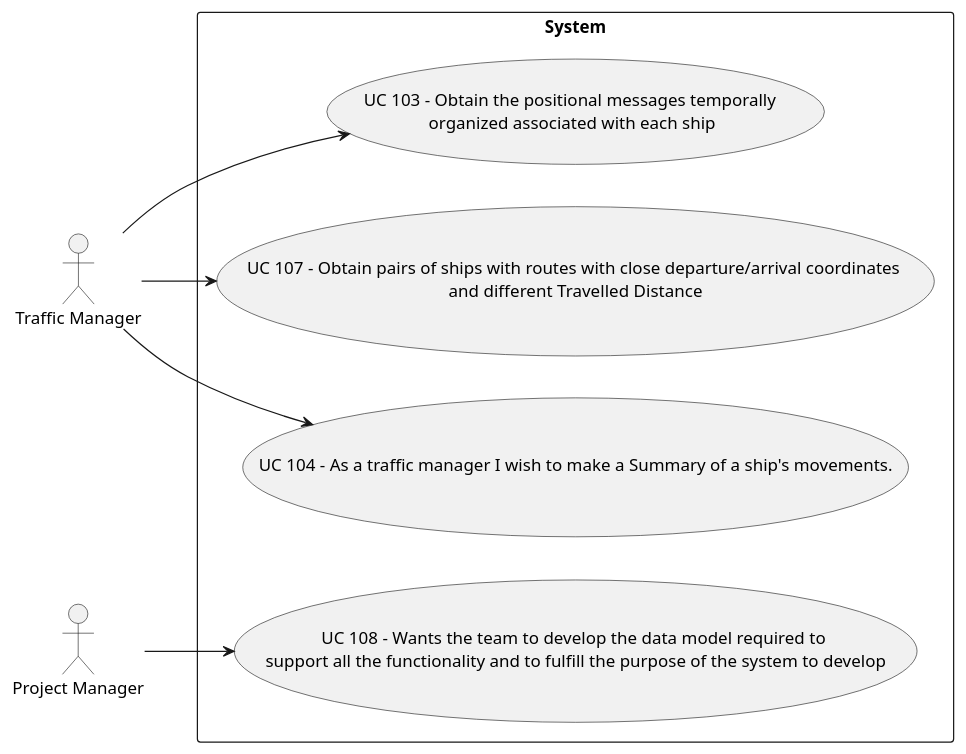
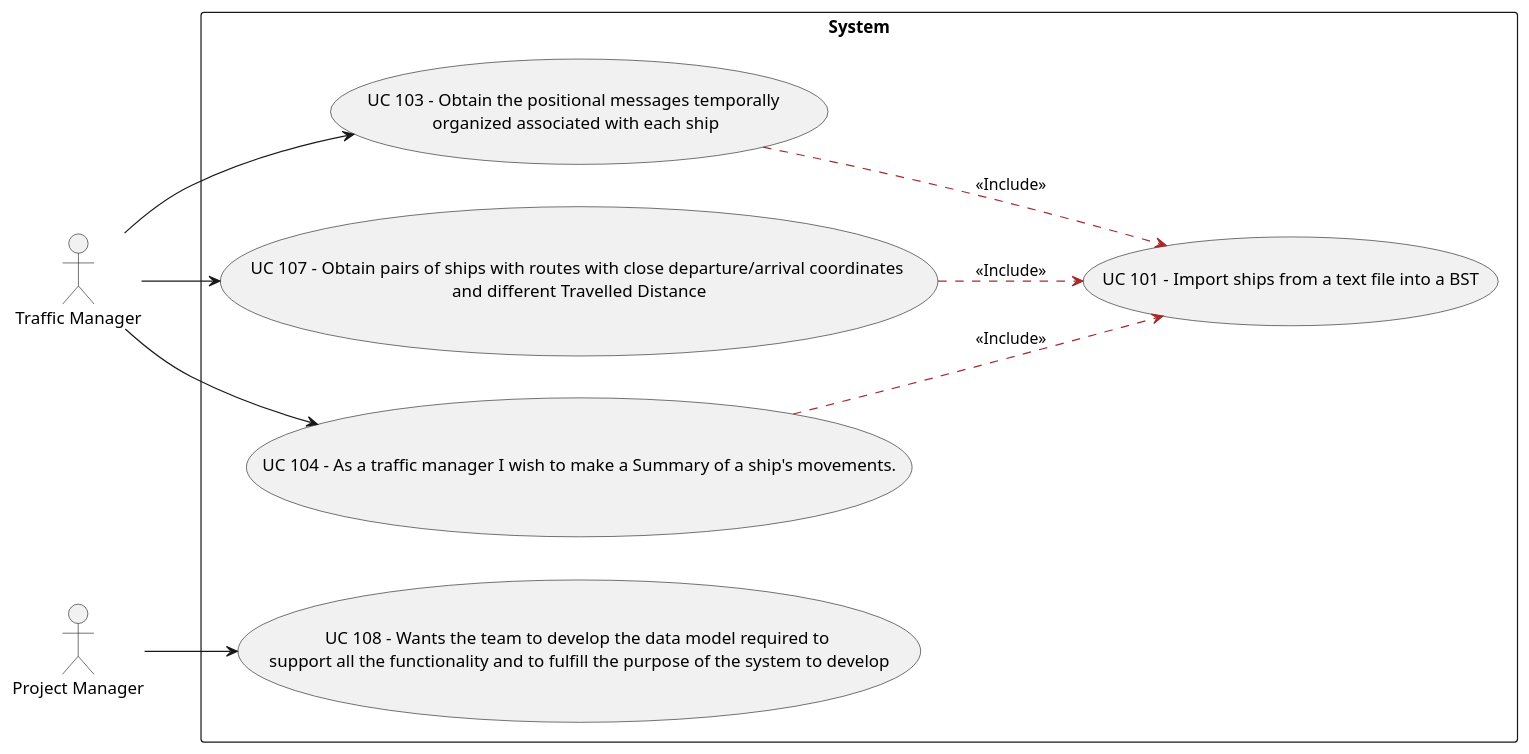
The diagram in docs/Use Case Diagram.puml (ana-albergaria/LAPR3-ISEP), drawn with PlantUML before and after one commit. The commit also changed 1 other file, not shown here.

```diff
--- a/docs/Use Case Diagram.puml
+++ b/docs/Use Case Diagram.puml
@@ -1,16 +1,19 @@
 @startuml
 
 left to right direction
 skinparam packageStyle rectangle
 actor "Traffic Manager" as TM
 actor "Project Manager" as PM
 
 
 rectangle System {
+(UC 103 - Obtain the positional messages temporally \norganized associated with each ship) --> (UC 101 - Import ships from a text file into a BST) #brown;line.dashed;text:black : <<Include>>
+(UC 107 - Obtain pairs of ships with routes with close departure/arrival coordinates \nand different Travelled Distance) --> (UC 101 - Import ships from a text file into a BST) #brown;line.dashed;text:black : <<Include>>
+(UC 104 - As a traffic manager I wish to make a Summary of a ship's movements.) --> (UC 101 - Import ships from a text file into a BST) #brown;line.dashed;text:black : <<Include>>
 TM --> (UC 103 - Obtain the positional messages temporally \norganized associated with each ship)
 TM --> (UC 107 - Obtain pairs of ships with routes with close departure/arrival coordinates \nand different Travelled Distance)
 TM --> (UC 104 - As a traffic manager I wish to make a Summary of a ship's movements.)
 PM --> (UC 108 - Wants the team to develop the data model required to \nsupport all the functionality and to fulfill the purpose of the system to develop)
 }
 
 @enduml
```
